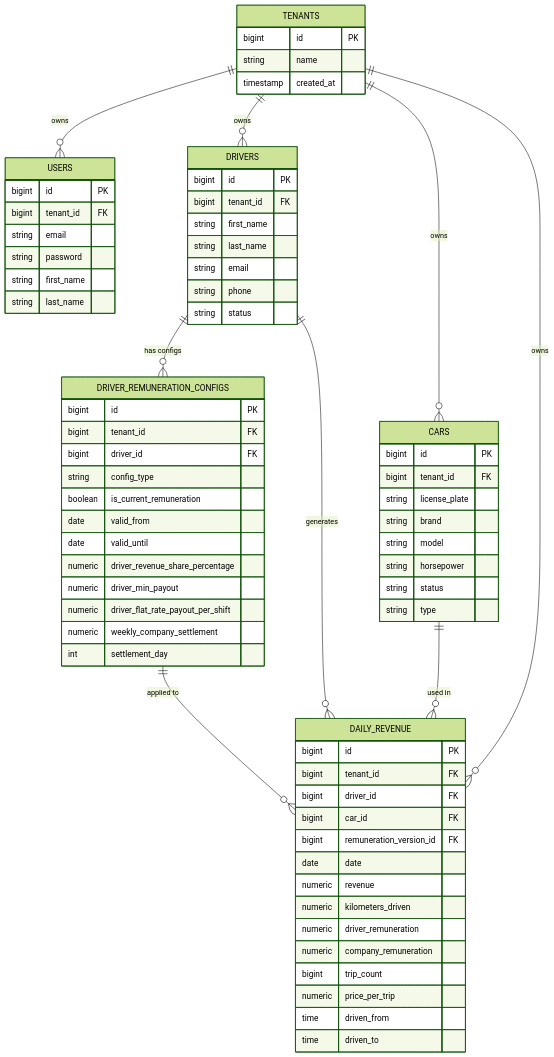
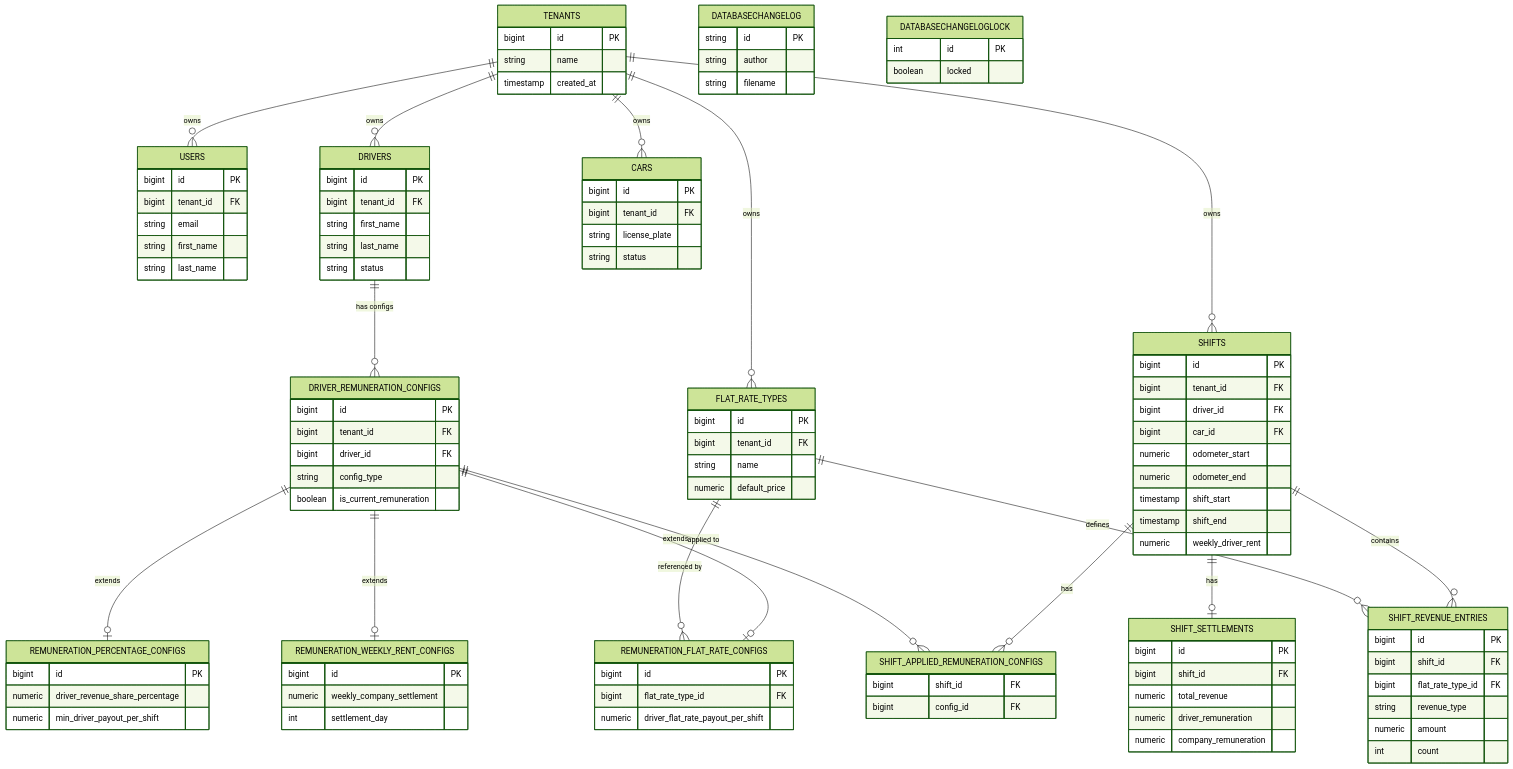
Before and after one commit to markokosic/taxios-backend: the second of 2 diagrams in README.md, drawn with Mermaid (forest theme). The commit also changed other lines of this file and 1 other file, not shown here.

````diff
--- a/README.md
+++ b/README.md
@@ -138,12 +123,23 @@
     TENANTS ||--o{ USERS : "owns"
     TENANTS ||--o{ DRIVERS : "owns"
     TENANTS ||--o{ CARS : "owns"
-    TENANTS ||--o{ DAILY_REVENUE : "owns"
+    TENANTS ||--o{ SHIFTS : "owns"
+    TENANTS ||--o{ FLAT_RATE_TYPES : "owns"
     
     DRIVERS ||--o{ DRIVER_REMUNERATION_CONFIGS : "has configs"
-    DRIVERS ||--o{ DAILY_REVENUE : "generates"
-    CARS ||--o{ DAILY_REVENUE : "used in"
-    DRIVER_REMUNERATION_CONFIGS ||--o{ DAILY_REVENUE : "applied to"
+    
+    DRIVER_REMUNERATION_CONFIGS ||--o| REMUNERATION_PERCENTAGE_CONFIGS : "extends"
+    DRIVER_REMUNERATION_CONFIGS ||--o| REMUNERATION_FLAT_RATE_CONFIGS : "extends"
+    DRIVER_REMUNERATION_CONFIGS ||--o| REMUNERATION_WEEKLY_RENT_CONFIGS : "extends"
+    
+    FLAT_RATE_TYPES ||--o{ REMUNERATION_FLAT_RATE_CONFIGS : "referenced by"
+
+    SHIFTS ||--o{ SHIFT_REVENUE_ENTRIES : "contains"
+    FLAT_RATE_TYPES ||--o{ SHIFT_REVENUE_ENTRIES : "defines"
+    SHIFTS ||--o| SHIFT_SETTLEMENTS : "has"
+
+    SHIFTS ||--o{ SHIFT_APPLIED_REMUNERATION_CONFIGS : "has"
+    DRIVER_REMUNERATION_CONFIGS ||--o{ SHIFT_APPLIED_REMUNERATION_CONFIGS : "applied to"
 
     TENANTS {
         bigint id PK
@@ -155,7 +151,6 @@
         bigint id PK
         bigint tenant_id FK
         string email
-        string password
         string first_name
         string last_name
     }
@@ -165,8 +160,6 @@
         bigint tenant_id FK
         string first_name
         string last_name
-        string email
-        string phone
         string status
     }
 
@@ -174,11 +167,14 @@
         bigint id PK
         bigint tenant_id FK
         string license_plate
-        string brand
-        string model
-        string horsepower
         string status
-        string type
+    }
+    
+    FLAT_RATE_TYPES {
+        bigint id PK
+        bigint tenant_id FK
+        string name
+        numeric default_price
     }
 
     DRIVER_REMUNERATION_CONFIGS {
@@ -187,29 +183,68 @@
         bigint driver_id FK
         string config_type
         boolean is_current_remuneration
-        date valid_from
-        date valid_until
+    }
+
+    REMUNERATION_PERCENTAGE_CONFIGS {
+        bigint id PK
         numeric driver_revenue_share_percentage
-        numeric driver_min_payout
+        numeric min_driver_payout_per_shift
+    }
+
+    REMUNERATION_FLAT_RATE_CONFIGS {
+        bigint id PK
+        bigint flat_rate_type_id FK
         numeric driver_flat_rate_payout_per_shift
+    }
+
+    REMUNERATION_WEEKLY_RENT_CONFIGS {
+        bigint id PK
         numeric weekly_company_settlement
         int settlement_day
     }
 
-    DAILY_REVENUE {
+    SHIFTS {
         bigint id PK
         bigint tenant_id FK
         bigint driver_id FK
         bigint car_id FK
-        bigint remuneration_version_id FK
-        date date
-        numeric revenue
-        numeric kilometers_driven
+        numeric odometer_start
+        numeric odometer_end
+        timestamp shift_start
+        timestamp shift_end
+        numeric weekly_driver_rent
+    }
+    
+    SHIFT_SETTLEMENTS {
+        bigint id PK
+        bigint shift_id FK
+        numeric total_revenue
         numeric driver_remuneration
         numeric company_remuneration
-        bigint trip_count
-        numeric price_per_trip
-        time driven_from
-        time driven_to
+    }
+    
+    SHIFT_REVENUE_ENTRIES {
+        bigint id PK
+        bigint shift_id FK
+        bigint flat_rate_type_id FK
+        string revenue_type
+        numeric amount
+        int count
+    }
+
+    SHIFT_APPLIED_REMUNERATION_CONFIGS {
+        bigint shift_id FK
+        bigint config_id FK
+    }
+
+    DATABASECHANGELOG {
+        string id PK
+        string author
+        string filename
+    }
+
+    DATABASECHANGELOGLOCK {
+        int id PK
+        boolean locked
     }
 ```
````
